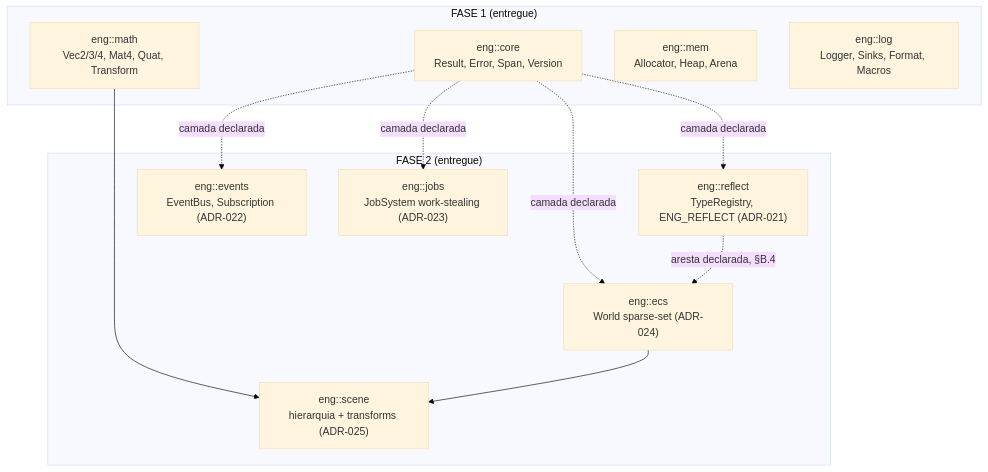
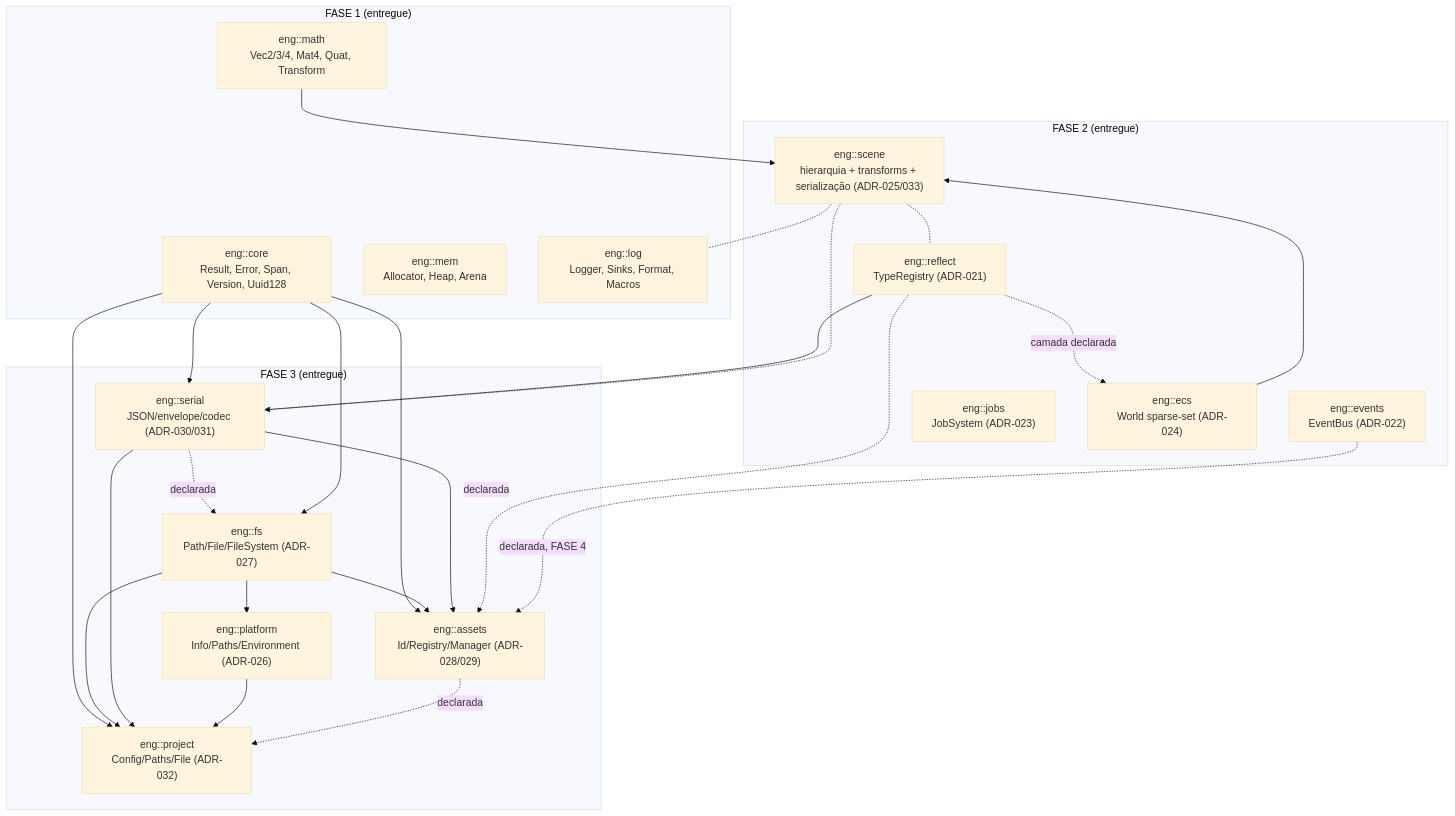
One commit to criandojogodenovo-sketch/g.oni changed the first of 2 diagrams in docs/architecture/00-overview.md. Above: the diagram before and after it, drawn with Mermaid (base theme). The commit also changed other lines of this file and 12 other files, not shown here.

First line of the commit message:
docs(fase3): ADR-034, roadmap, layout de projeto, arquitetura e README (estado FASE 3)

````diff
--- a/docs/architecture/00-overview.md
+++ b/docs/architecture/00-overview.md
@@ -16,23 +15,42 @@
 ```mermaid
 graph TD
     subgraph "FASE 1 (entregue)"
-        core["eng::core<br/>Result, Error, Span, Version"]
+        core["eng::core<br/>Result, Error, Span, Version, Uuid128"]
         math["eng::math<br/>Vec2/3/4, Mat4, Quat, Transform"]
         mem["eng::mem<br/>Allocator, Heap, Arena"]
         log["eng::log<br/>Logger, Sinks, Format, Macros"]
     end
     subgraph "FASE 2 (entregue)"
-        reflect["eng::reflect<br/>TypeRegistry, ENG_REFLECT (ADR-021)"]
-        events["eng::events<br/>EventBus, Subscription (ADR-022)"]
-        jobs["eng::jobs<br/>JobSystem work-stealing (ADR-023)"]
+        reflect["eng::reflect<br/>TypeRegistry (ADR-021)"]
+        events["eng::events<br/>EventBus (ADR-022)"]
+        jobs["eng::jobs<br/>JobSystem (ADR-023)"]
         ecs["eng::ecs<br/>World sparse-set (ADR-024)"]
-        scene["eng::scene<br/>hierarquia + transforms (ADR-025)"]
+        scene["eng::scene<br/>hierarquia + transforms + serialização (ADR-025/033)"]
     end
-    core -.->|camada declarada| reflect
-    core -.->|camada declarada| events
-    core -.->|camada declarada| jobs
-    core -.->|camada declarada| ecs
-    reflect -.->|aresta declarada, §B.4| ecs
+    subgraph "FASE 3 (entregue)"
+        fs["eng::fs<br/>Path/File/FileSystem (ADR-027)"]
+        platform["eng::platform<br/>Info/Paths/Environment (ADR-026)"]
+        serial["eng::serial<br/>JSON/envelope/codec (ADR-030/031)"]
+        assets["eng::assets<br/>Id/Registry/Manager (ADR-028/029)"]
+        project["eng::project<br/>Config/Paths/File (ADR-032)"]
+    end
+    reflect -.->|camada declarada| ecs
     math --> scene
     ecs --> scene
+    serial -.->|declarada| fs
+    core --> fs
+    fs --> platform
+    core --> serial
+    reflect --> serial
+    core --> assets
+    fs --> assets
+    serial --> assets
+    reflect -.->|declarada| assets
+    events -.->|declarada, FASE 4| assets
+    core --> project
+    fs --> project
+    serial --> project
+    platform --> project
+    assets -.->|declarada| project
+    scene -.- serial & reflect & log
 ```
````
